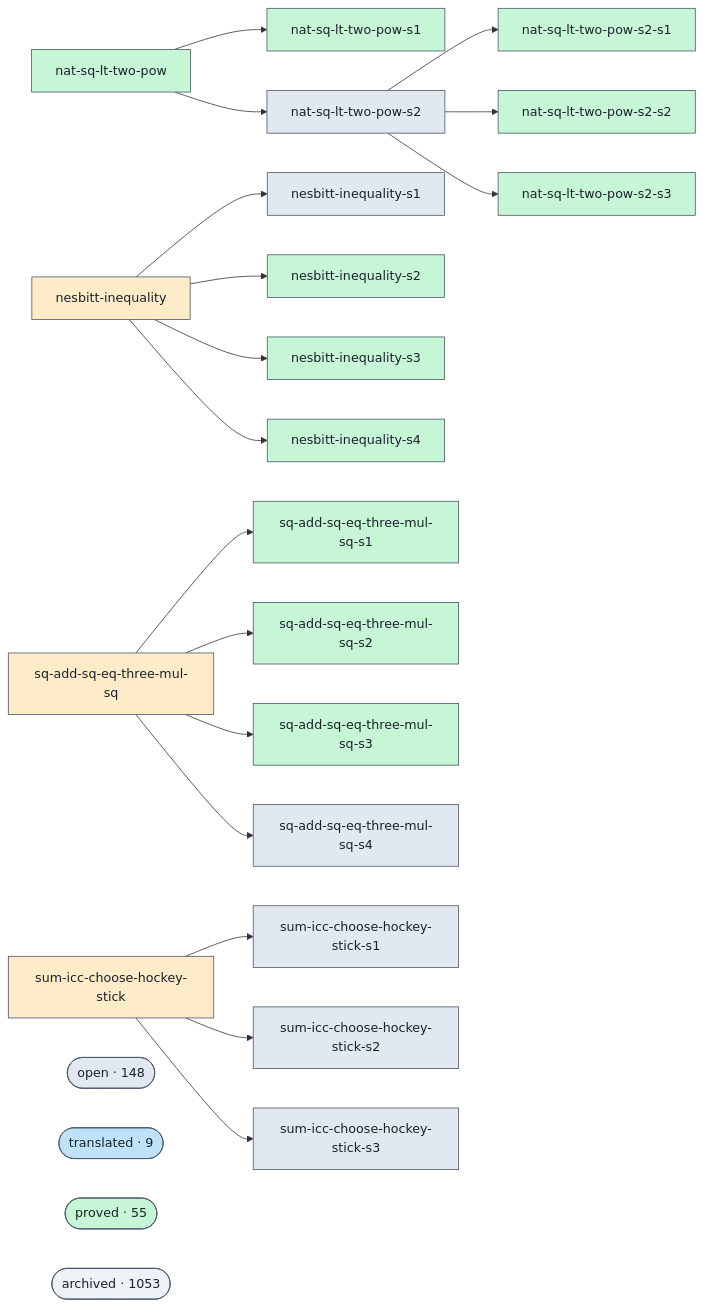
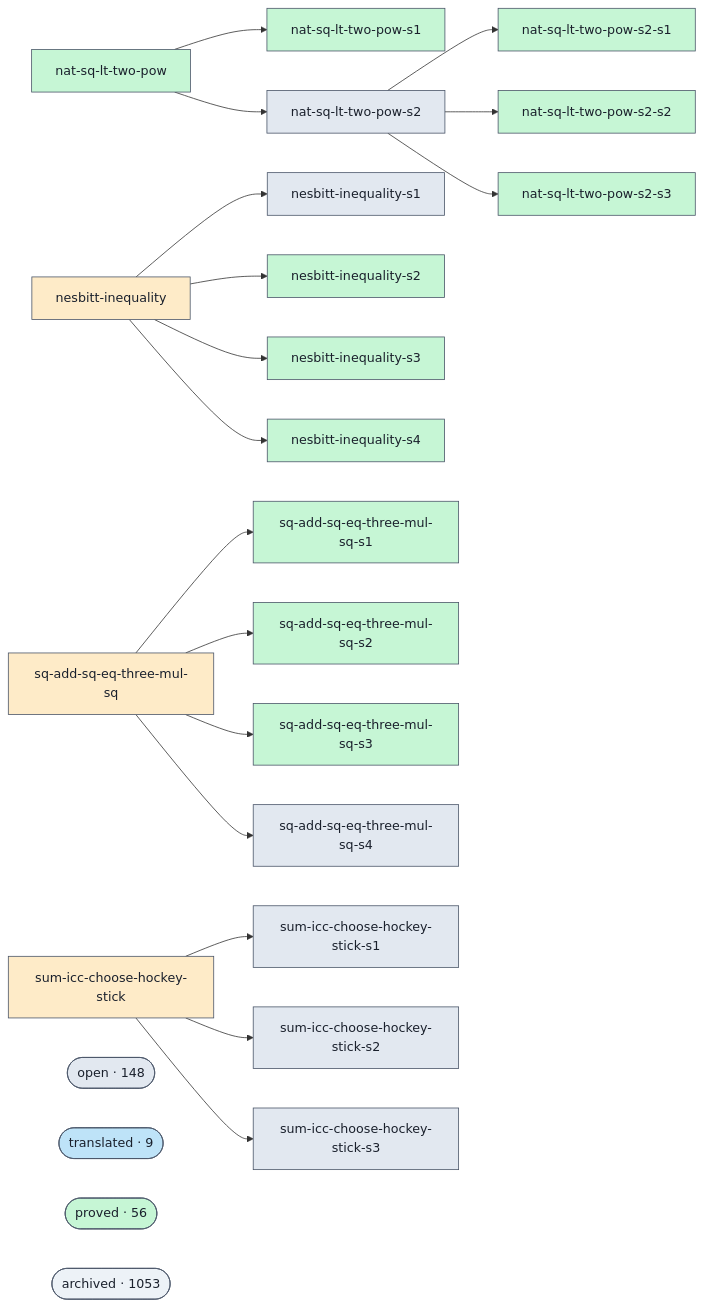
One commit to Rauxon/unsorry changed the diagram in docs/proofs-contributors-visualisation.md. Above: the diagram before and after it, drawn with Mermaid. The commit also changed other lines of this file and 2 other files, not shown here.

```diff
--- a/docs/proofs-contributors-visualisation.md
+++ b/docs/proofs-contributors-visualisation.md
@@ -102,7 +102,7 @@
   class cluster_open open;
   cluster_translated(["translated · 9"])
   class cluster_translated translated;
-  cluster_proved(["proved · 55"])
+  cluster_proved(["proved · 56"])
   class cluster_proved proved;
   cluster_archived(["archived · 1053"])
   class cluster_archived unknown;
```
